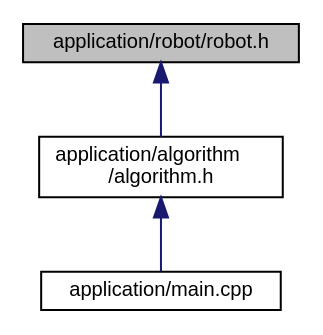
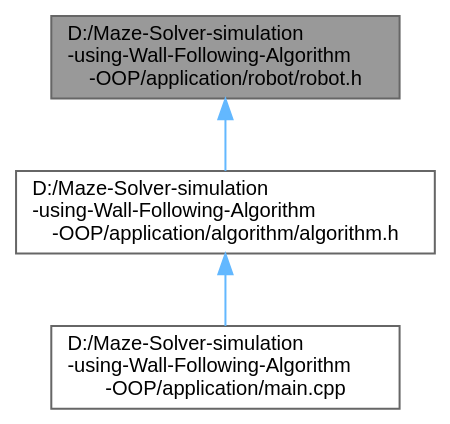
One commit to darshit-desai/Maze-Solver-simulation-using-Wall-Following-Algorithm-OOP changed the diagram in docs/robot_8h__dep__incl.dot. Above: the diagram before and after it, drawn with Graphviz. The commit also changed 381 other files, not shown here.

```diff
--- a/docs/robot_8h__dep__incl.dot
+++ b/docs/robot_8h__dep__incl.dot
@@ -1,11 +1,12 @@
-digraph "application/robot/robot.h"
+digraph "D:/Maze-Solver-simulation-using-Wall-Following-Algorithm-OOP/application/robot/robot.h"
 {
  // LATEX_PDF_SIZE
-  edge [fontname="Helvetica",fontsize="10",labelfontname="Helvetica",labelfontsize="10"];
-  node [fontname="Helvetica",fontsize="10",shape=record];
-  Node1 [label="application/robot/robot.h",height=0.2,width=0.4,color="black", fillcolor="grey75", style="filled", fontcolor="black",tooltip="This class is used to drive the robot based on its position and orientation."];
-  Node1 -> Node2 [dir="back",color="midnightblue",fontsize="10",style="solid",fontname="Helvetica"];
-  Node2 [label="application/algorithm\l/algorithm.h",height=0.2,width=0.4,color="black", fillcolor="white", style="filled",URL="$algorithm_8h.html",tooltip="This file contains the implementation details for algorithm class."];
-  Node2 -> Node3 [dir="back",color="midnightblue",fontsize="10",style="solid",fontname="Helvetica"];
-  Node3 [label="application/main.cpp",height=0.2,width=0.4,color="black", fillcolor="white", style="filled",URL="$main_8cpp.html",tooltip="This is the main class which is built in the Simulator and used to call all other classes."];
+  bgcolor="transparent";
+  edge [fontname=Helvetica,fontsize=10,labelfontname=Helvetica,labelfontsize=10];
+  node [fontname=Helvetica,fontsize=10,shape=box,height=0.2,width=0.4];
+  Node1 [id="Node000001",label="D:/Maze-Solver-simulation\l-using-Wall-Following-Algorithm\l-OOP/application/robot/robot.h",height=0.2,width=0.4,color="gray40", fillcolor="grey60", style="filled", fontcolor="black",tooltip="This class is used to drive the robot based on its position and orientation."];
+  Node1 -> Node2 [id="edge1_Node000001_Node000002",dir="back",color="steelblue1",style="solid",tooltip=" "];
+  Node2 [id="Node000002",label="D:/Maze-Solver-simulation\l-using-Wall-Following-Algorithm\l-OOP/application/algorithm/algorithm.h",height=0.2,width=0.4,color="grey40", fillcolor="white", style="filled",URL="$algorithm_8h.html",tooltip="This file contains the implementation details for algorithm class."];
+  Node2 -> Node3 [id="edge2_Node000002_Node000003",dir="back",color="steelblue1",style="solid",tooltip=" "];
+  Node3 [id="Node000003",label="D:/Maze-Solver-simulation\l-using-Wall-Following-Algorithm\l-OOP/application/main.cpp",height=0.2,width=0.4,color="grey40", fillcolor="white", style="filled",URL="$main_8cpp.html",tooltip="This is the main class which is built in the Simulator and used to call all other classes."];
 }
```
